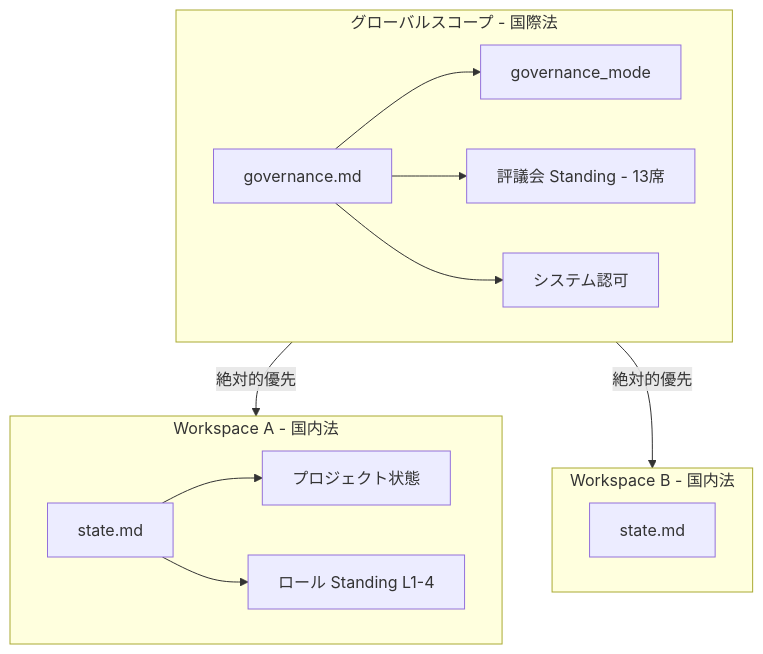
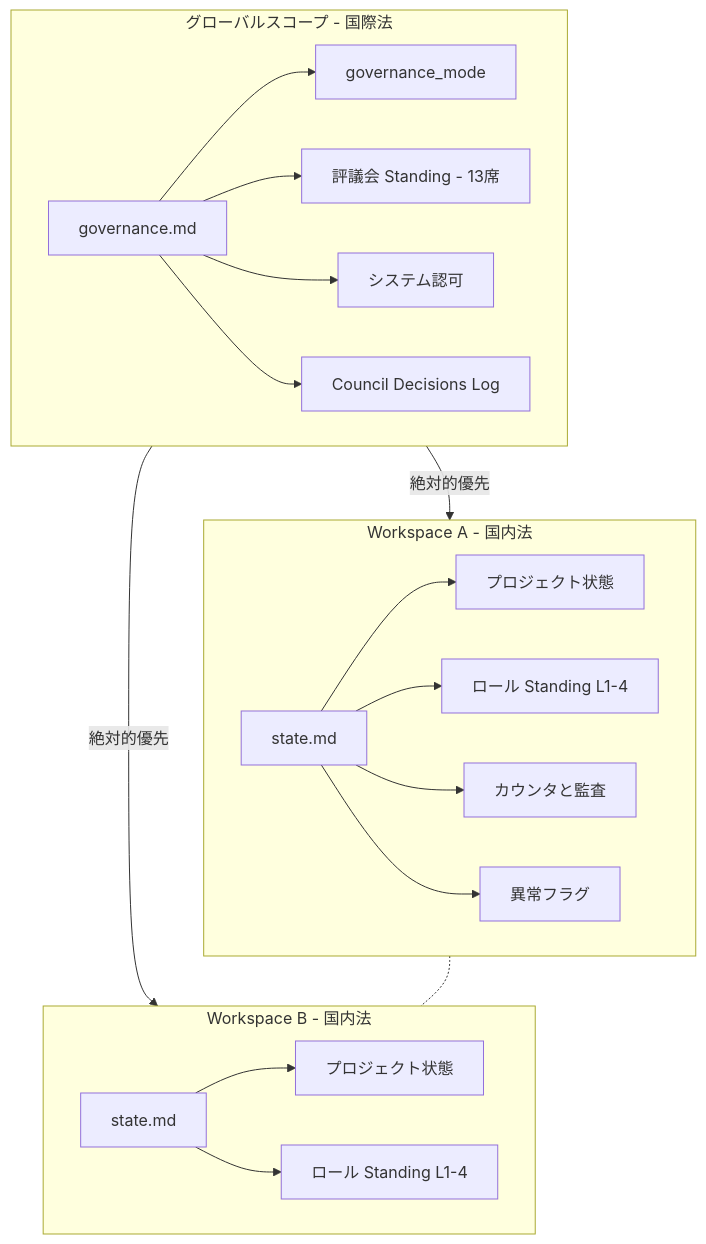
One commit to x6kage/arche changed diagram 12 of 12 in docs/papers/001-governance-theory/ja.md. Above: the diagram before and after it, drawn with Mermaid. The commit also changed other lines of this file and 42 other files, not shown here.

````diff
--- a/docs/papers/001-governance-theory/ja.md
+++ b/docs/papers/001-governance-theory/ja.md
@@ -448,19 +535,28 @@
 ```mermaid
 graph TD
     subgraph Global ["グローバルスコープ - 国際法"]
         GS["governance.md"]
         GS --> Mode["governance_mode"]
         GS --> CS["評議会 Standing - 13席"]
         GS --> Auth["システム認可"]
+        GS --> CDL["Council Decisions Log"]
     end
+
     subgraph WS1 ["Workspace A - 国内法"]
         S1["state.md"]
-        S1 --> P1["プロジェクト状態"]
+        S1 --> Proj1["プロジェクト状態"]
         S1 --> RS1["ロール Standing L1-4"]
+        S1 --> Count1["カウンタと監査"]
+        S1 --> AF1["異常フラグ"]
     end
+
     subgraph WS2 ["Workspace B - 国内法"]
         S2["state.md"]
+        S2 --> Proj2["プロジェクト状態"]
+        S2 --> RS2["ロール Standing L1-4"]
     end
+
     Global -->|"絶対的優先"| WS1
     Global -->|"絶対的優先"| WS2
+    WS1 -.- WS2
 ```
````
